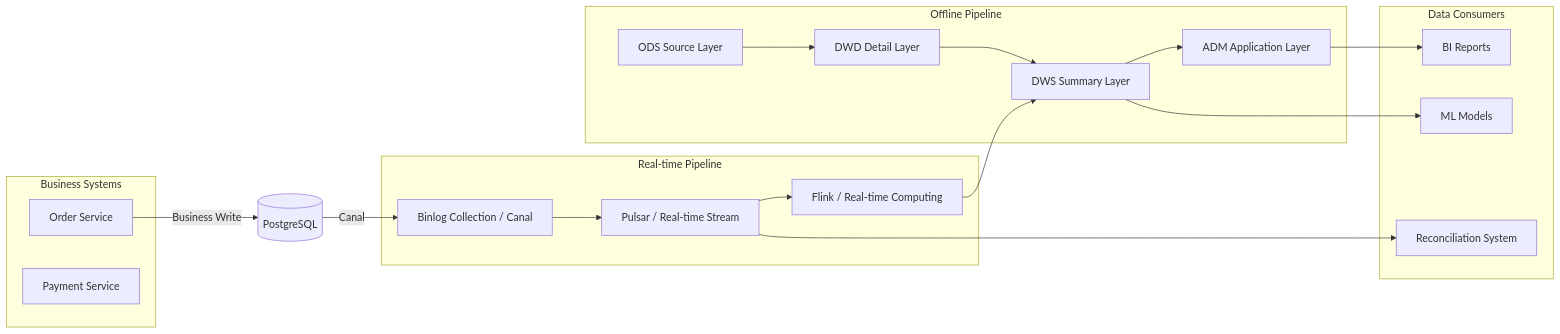
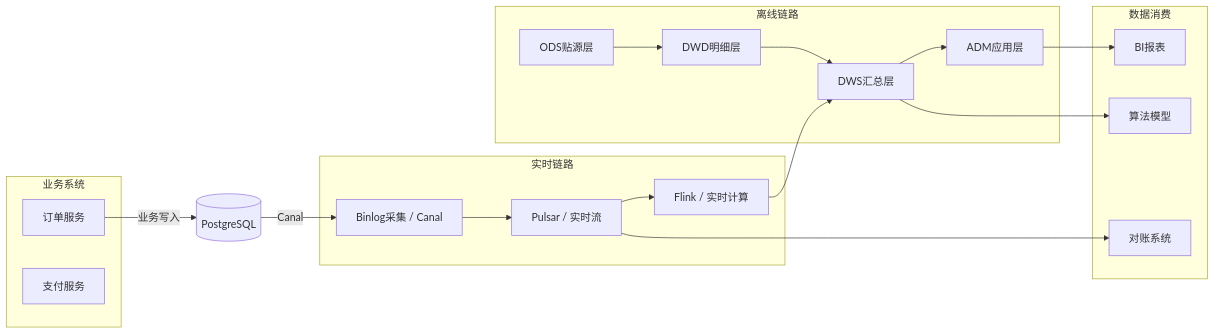
Before and after one commit to Kirky-X/cangjie: diagram 12 of 15 in templates/Product/Technology/Template-Architecture.md, drawn with Mermaid. The commit also changed other lines of this file and 33 other files, not shown here.

````diff
--- a/templates/Product/Technology/Template-Architecture.md
+++ b/templates/Product/Technology/Template-Architecture.md
@@ -566,36 +566,36 @@
 ```mermaid
 flowchart LR
-    subgraph Business Systems
-        A1[Order Service]
-        A2[Payment Service]
+    subgraph 业务系统
+        A1[订单服务]
+        A2[支付服务]
     end
 
-    subgraph Real-time Pipeline
-        B1[Binlog Collection / Canal]
-        B2[Pulsar / Real-time Stream]
-        B3[Flink / Real-time Computing]
+    subgraph 实时链路
+        B1[Binlog采集 / Canal]
+        B2[Pulsar / 实时流]
+        B3[Flink / 实时计算]
     end
 
-    subgraph Offline Pipeline
-        C1[ODS Source Layer]
-        C2[DWD Detail Layer]
-        C3[DWS Summary Layer]
-        C4[ADM Application Layer]
+    subgraph 离线链路
+        C1[ODS贴源层]
+        C2[DWD明细层]
+        C3[DWS汇总层]
+        C4[ADM应用层]
     end
 
-    subgraph Data Consumers
-        D1[BI Reports]
-        D2[ML Models]
-        D3[Reconciliation System]
+    subgraph 数据消费
+        D1[BI报表]
+        D2[算法模型]
+        D3[对账系统]
     end
 
-    A1 -->|Business Write| DB1[(PostgreSQL)]
+    A1 -->|业务写入| DB1[(PostgreSQL)]
     DB1 -->|Canal| B1
     B1 --> B2
     B2 --> B3
     B3 --> C3
     C1 --> C2 --> C3 --> C4
     C4 --> D1
     C3 --> D2
     B2 --> D3
 ```
````
